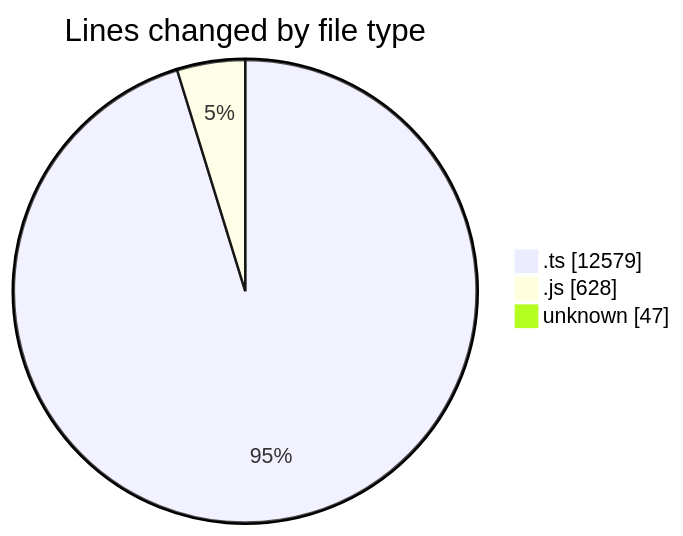
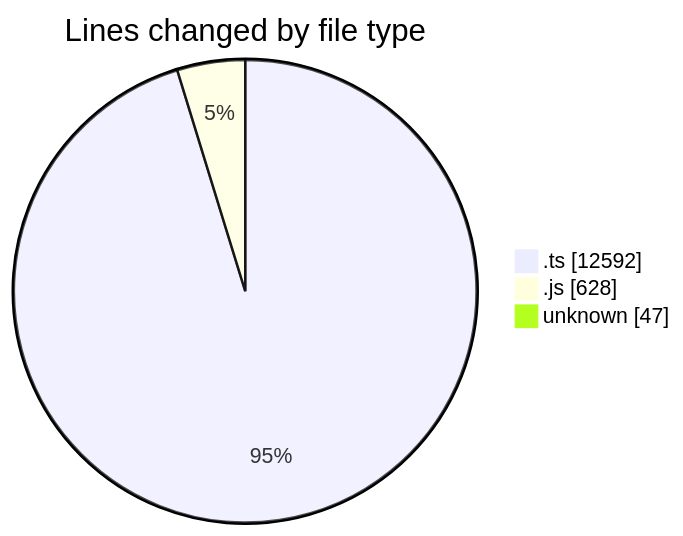
The first of 2 diagrams in 2025-09-05/cda/README.md (momahboobian/code-tracking), drawn with Mermaid before and after one commit. The commit also changed other lines of this file and 1 other file, not shown here.

````diff
--- a/2025-09-05/cda/README.md
+++ b/2025-09-05/cda/README.md
@@ -25,7 +25,7 @@
 ```mermaid
 pie showData
 title Lines changed by file type
-".ts" : 12579
+".ts" : 12592
 ".js" : 628
 "unknown" : 47
 ```
````
